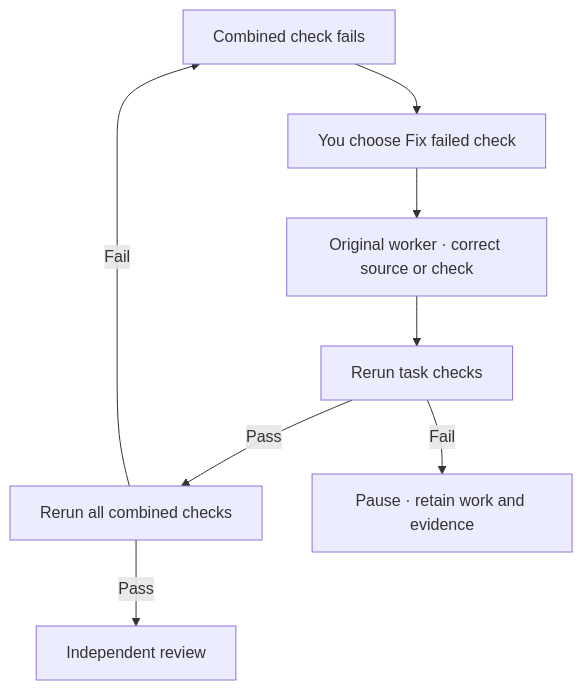
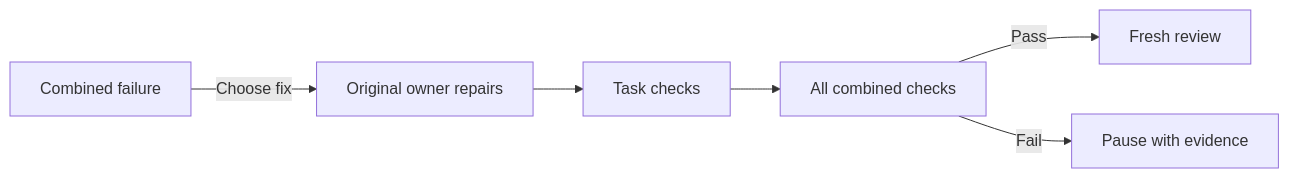
One commit to minimumeffort-dev/sprowt.harness changed the second of 2 diagrams in docs/execution.md. Above: the diagram before and after it, drawn with Mermaid. The commit also changed other lines of this file and 17 other files, not shown here.

````diff
--- a/docs/execution.md
+++ b/docs/execution.md
@@ -94,10 +105,7 @@
 ```mermaid
-flowchart TB
-    failed["Combined check fails"] --> choose["You choose Fix failed check"]
-    choose --> owner["Original worker · correct source or check"]
-    owner --> task["Rerun task checks"]
-    task -->|"Pass"| combined["Rerun all combined checks"]
-    task -->|"Fail"| pause["Pause · retain work and evidence"]
-    combined -->|"Pass"| review["Independent review"]
-    combined -->|"Fail"| failed
+flowchart LR
+    fail["Combined failure"] -->|"Choose fix"| owner["Original owner repairs"]
+    owner --> task["Task checks"] --> combined["All combined checks"]
+    combined -->|"Pass"| review["Fresh review"]
+    combined -->|"Fail"| pause["Pause with evidence"]
 ```
````
